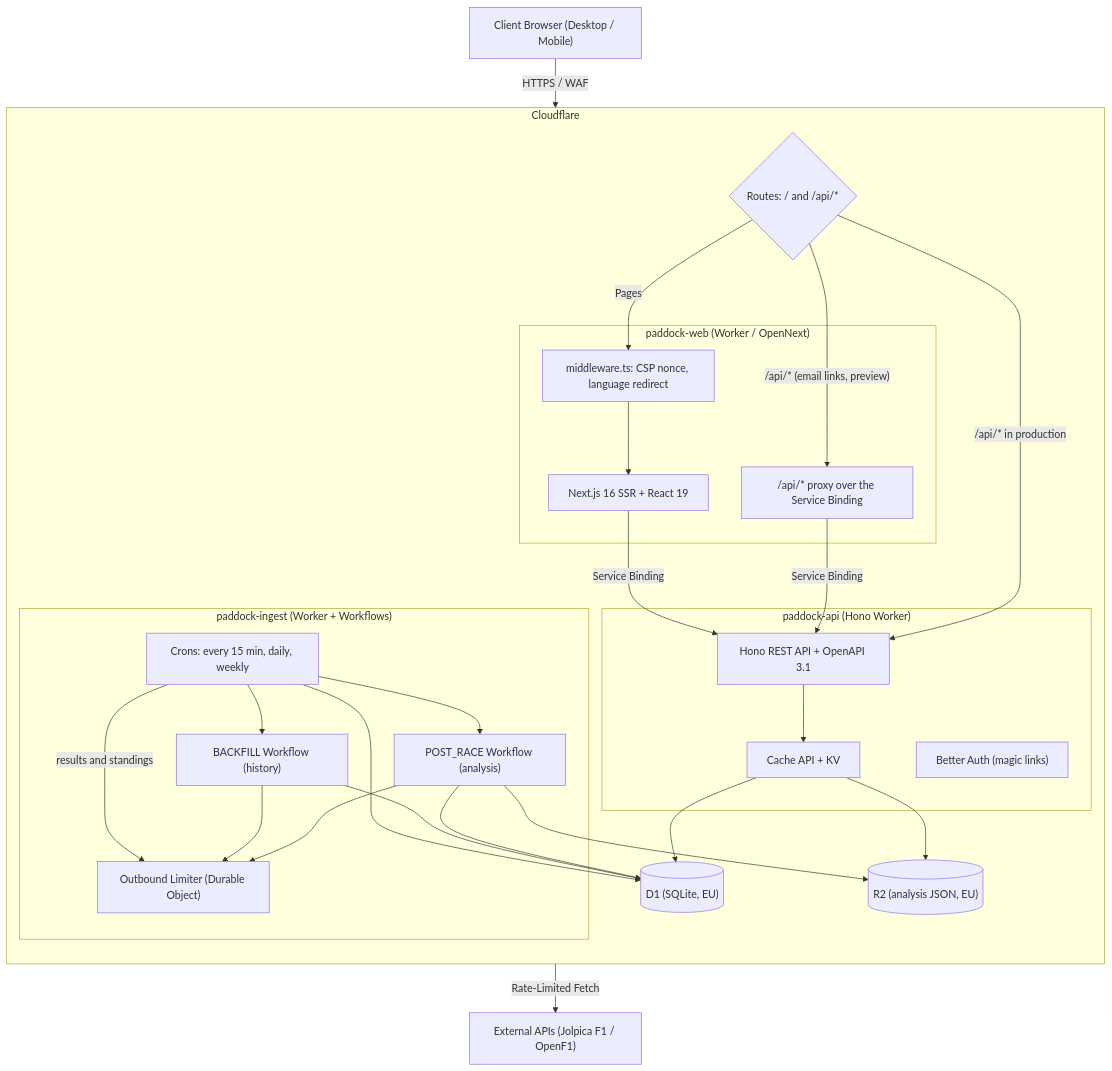
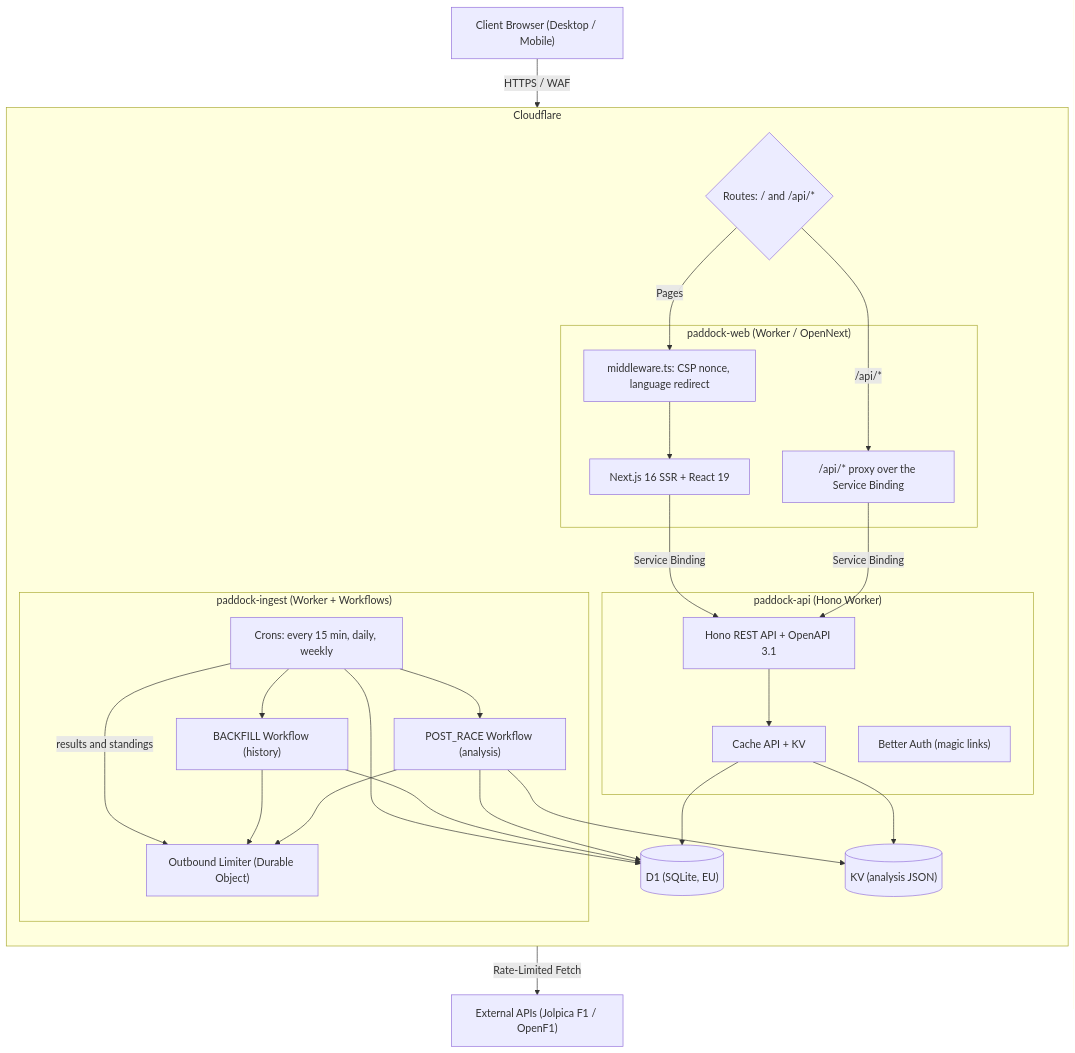
Before and after one commit to marcmendezb/paddock-notes: the diagram in README.md, drawn with Mermaid. The commit also changed other lines of this file and 19 other files, not shown here.

````diff
--- a/README.md
+++ b/README.md
@@ -40,56 +40,55 @@
 ```mermaid
 flowchart TD
     Client["Client Browser (Desktop / Mobile)"]
 
     subgraph edge ["Cloudflare"]
         direction TB
 
         Router{"Routes: / and /api/*"}
 
         subgraph paddock_web ["paddock-web (Worker / OpenNext)"]
             SSR["Next.js 16 SSR + React 19"]
             Nonce["middleware.ts: CSP nonce, language redirect"]
             Proxy["/api/* proxy over the Service Binding"]
         end
 
         subgraph paddock_api ["paddock-api (Hono Worker)"]
             Hono["Hono REST API + OpenAPI 3.1"]
             Auth["Better Auth (magic links)"]
             Cache["Cache API + KV"]
         end
 
         subgraph paddock_ingest ["paddock-ingest (Worker + Workflows)"]
             Cron["Crons: every 15 min, daily, weekly"]
             Limiter["Outbound Limiter (Durable Object)"]
             Backfill["BACKFILL Workflow (history)"]
             Analytics["POST_RACE Workflow (analysis)"]
         end
 
         D1[("D1 (SQLite, EU)")]
-        R2[("R2 (analysis JSON, EU)")]
+        KVA[("KV (analysis JSON)")]
     end
 
     External_APIs["External APIs (Jolpica F1 / OpenF1)"]
 
     Client -->|HTTPS / WAF| Router
     Router -->|Pages| Nonce
     Nonce --> SSR
     SSR -->|Service Binding| Hono
-    Router -->|"/api/* (email links, preview)"| Proxy
+    Router -->|"/api/*"| Proxy
     Proxy -->|Service Binding| Hono
-    Router -->|"/api/* in production"| Hono
     Hono --> Cache
     Cache --> D1
-    Cache --> R2
+    Cache --> KVA
 
     Cron -->|results and standings| Limiter
     Cron --> D1
     Cron --> Backfill
     Cron --> Analytics
     Backfill --> Limiter
     Analytics --> Limiter
     Limiter -->|Rate-Limited Fetch| External_APIs
     Backfill --> D1
     Analytics --> D1
-    Analytics --> R2
+    Analytics --> KVA
 ```
````
